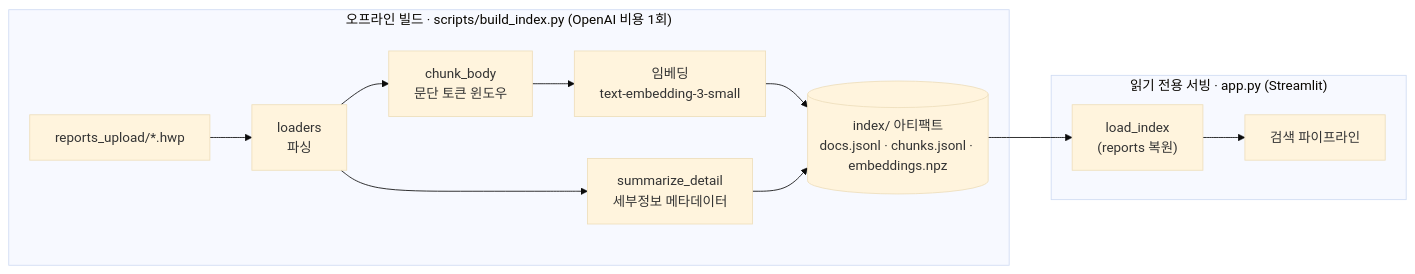
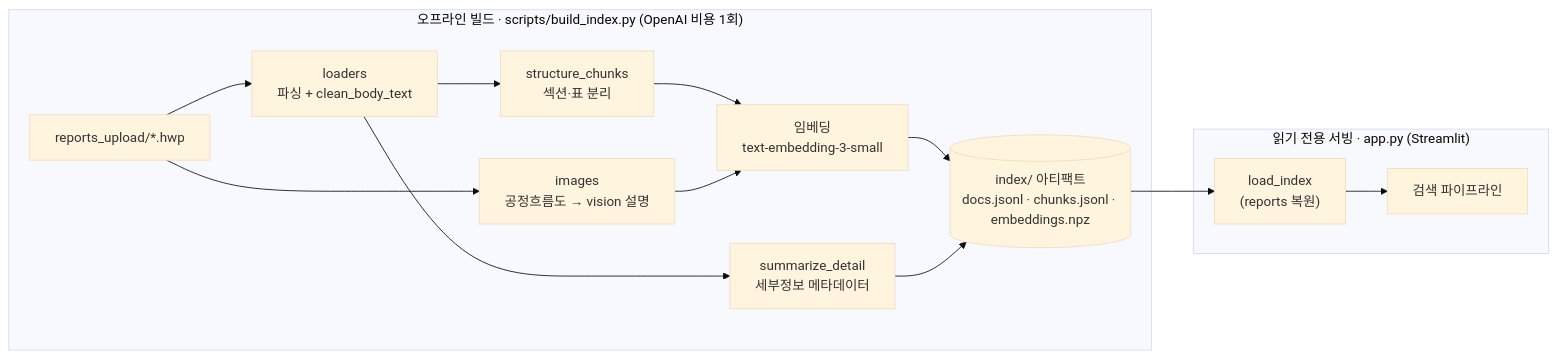
The first of 3 diagrams in README.md (lululalalalalalalalaaa/prototype), drawn with Mermaid (base theme) before and after one commit. The commit also changed other lines of this file and 22 other files, not shown here.

First line of the commit message:
feat: structure-aware ingestion — section/table chunking + image vision

````diff
--- a/README.md
+++ b/README.md
@@ -52,15 +54,17 @@
 ```mermaid
 flowchart LR
   subgraph Build["오프라인 빌드 · scripts/build_index.py (OpenAI 비용 1회)"]
-    A["reports_upload/*.hwp"] --> B["loaders<br/>파싱"]
-    B --> C["chunk_body<br/>문단 토큰 윈도우"]
+    A["reports_upload/*.hwp"] --> B["loaders<br/>파싱 + clean_body_text"]
+    B --> C["structure_chunks<br/>섹션·표 분리"]
+    A --> I["images<br/>공정흐름도 → vision 설명"]
     C --> D["임베딩<br/>text-embedding-3-small"]
+    I --> D
     B --> E["summarize_detail<br/>세부정보 메타데이터"]
     D --> F[("index/ 아티팩트<br/>docs.jsonl · chunks.jsonl · embeddings.npz")]
     E --> F
   end
   subgraph Serve["읽기 전용 서빙 · app.py (Streamlit)"]
     F --> G["load_index<br/>(reports 복원)"]
     G --> H["검색 파이프라인"]
   end
 ```
````
